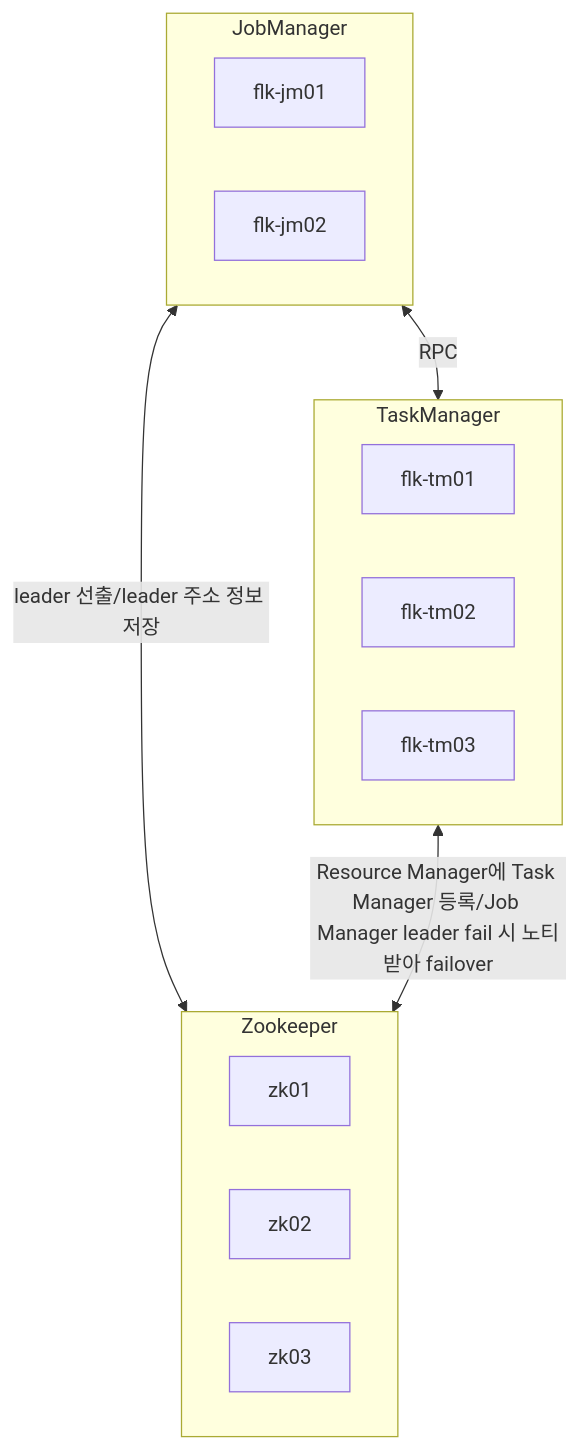
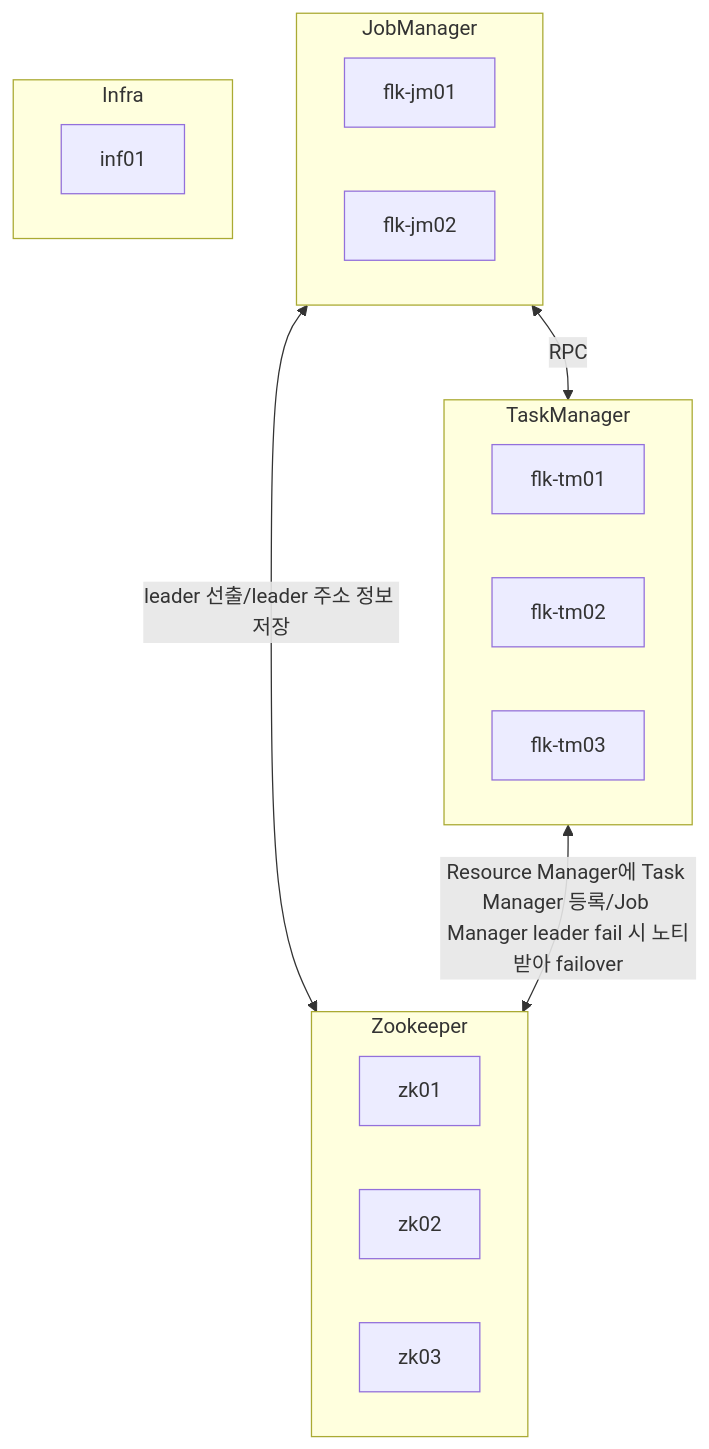
One commit to zeroest/Flink changed the diagram in 02install/02install.md. Above: the diagram before and after it, drawn with Mermaid. The commit also changed other lines of this file and 3 other files, not shown here.

Commit message:
click event flowchart

````diff
--- a/02install/02install.md
+++ b/02install/02install.md
@@ -11,35 +11,41 @@
 ```mermaid
 flowchart TD
 
     jm01[flk-jm01]
     jm02[flk-jm02]
 
     subgraph JobManager
         jm01
         jm02
     end
 
     tm01[flk-tm01]
     tm02[flk-tm02]
     tm03[flk-tm03]
 
     subgraph TaskManager
         tm01
         tm02
         tm03
     end
 
     zk01[zk01]
     zk02[zk02]
     zk03[zk03]
 
     subgraph Zookeeper
         zk01
         zk02
         zk03
     end
 
     JobManager <--RPC--> TaskManager
     JobManager <--leader 선출/leader 주소 정보 저장--> Zookeeper
     TaskManager <--Resource Manager에 Task Manager 등록/Job Manager leader fail 시 노티받아 failover--> Zookeeper
+
+    inf01[inf01]
+    
+    subgraph Infra
+      inf01
+    end
 ```
````
